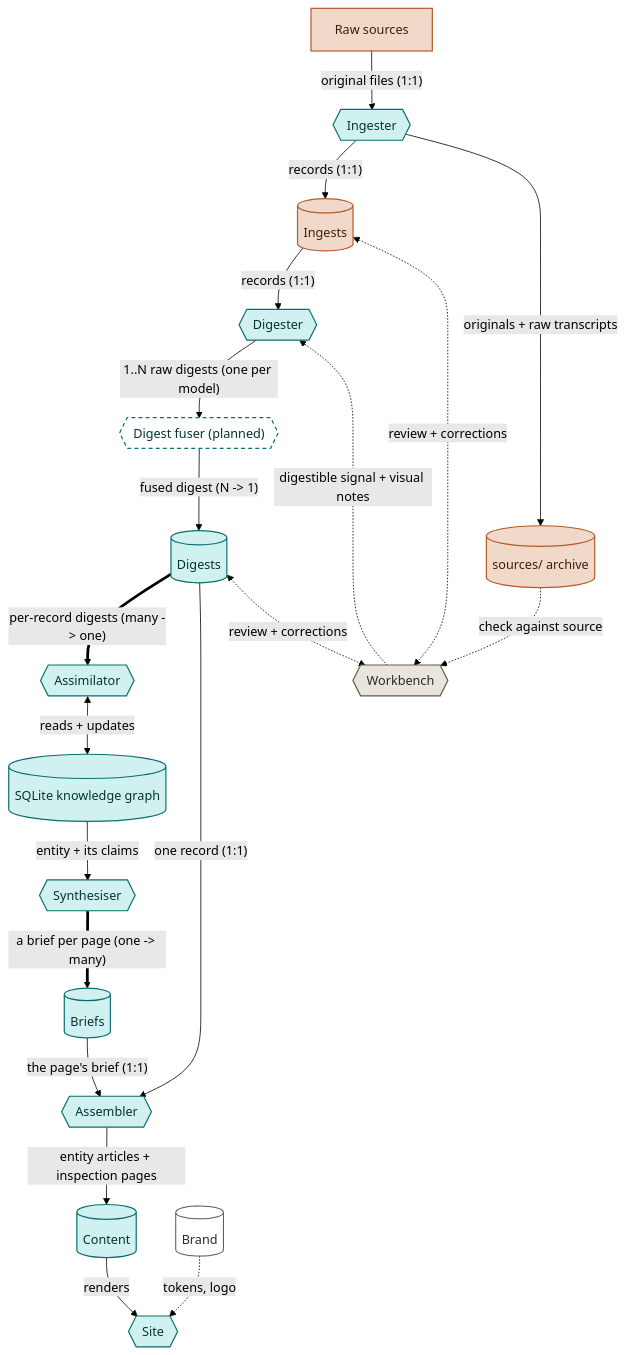
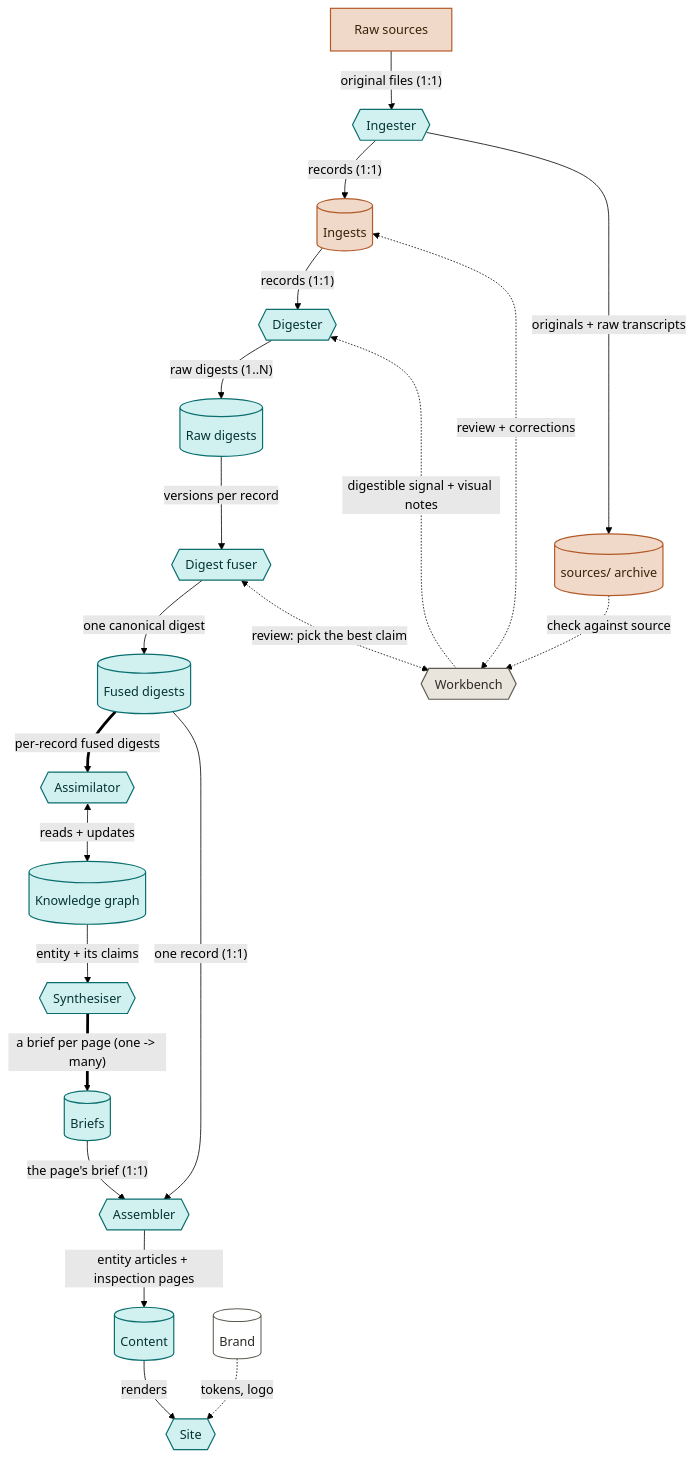
One commit to anomalica/anomalica changed the diagram in reference/pipeline.mmd. Above: the diagram before and after it, drawn with Mermaid (forest theme). The commit also changed 1 other file, not shown here.

Commit message:
docs: rework architecture diagram - digest fuser, raw and fused digests, knowledge-graph rename

```diff
--- a/reference/pipeline.mmd
+++ b/reference/pipeline.mmd
@@ -1,60 +1,62 @@
 flowchart TB
   classDef src fill:#F0D9C9,stroke:#B35A28,stroke-width:1.5px,color:#3a2208;
   classDef pub fill:#D1F1F1,stroke:#0B6E6E,stroke-width:1.5px,color:#053333;
   classDef rev fill:#E9E5DC,stroke:#5E5A50,stroke-width:1.5px,color:#2c2a24;
   classDef store fill:#ffffff,stroke:#5E5A50,stroke-width:1.3px,color:#2c2a24;
-  classDef planned fill:#ffffff,stroke:#0B6E6E,stroke-width:1.5px,stroke-dasharray:5 4,color:#053333;
 
   raw["Raw sources"]:::src
   ingester{{"Ingester"}}:::pub
   ingests[("Ingests")]:::src
   archive[("sources/ archive")]:::src
   workbench{{"Workbench"}}:::rev
   digester{{"Digester"}}:::pub
-  fuser{{"Digest fuser (planned)"}}:::planned
-  digests[("Digests")]:::pub
+  raw_digests[("Raw digests")]:::pub
+  fuser{{"Digest fuser"}}:::pub
+  fused_digests[("Fused digests")]:::pub
   assimilator{{"Assimilator"}}:::pub
-  kg[("SQLite knowledge graph")]:::pub
+  kg[("Knowledge graph")]:::pub
   synthesiser{{"Synthesiser"}}:::pub
   briefs[("Briefs")]:::pub
   assembler{{"Assembler"}}:::pub
   content[("Content")]:::pub
   site{{"Site"}}:::pub
   brand[("Brand")]:::store
 
   raw -->|"original files (1:1)"| ingester
   ingester -->|"records (1:1)"| ingests
   ingester -->|"originals + raw transcripts"| archive
   ingests -->|"records (1:1)"| digester
-  digester -->|"1..N raw digests (one per model)"| fuser
-  fuser -->|"fused digest (N -> 1)"| digests
-  digests ==>|"per-record digests (many -> one)"| assimilator
+  digester -->|"raw digests (1..N)"| raw_digests
+  raw_digests -->|"versions per record"| fuser
+  fuser -->|"one canonical digest"| fused_digests
+  fused_digests ==>|"per-record fused digests"| assimilator
   assimilator <-->|"reads + updates"| kg
   kg -->|"entity + its claims"| synthesiser
   synthesiser ==>|"a brief per page (one -> many)"| briefs
   briefs -->|"the page's brief (1:1)"| assembler
-  digests -->|"one record (1:1)"| assembler
+  fused_digests -->|"one record (1:1)"| assembler
   assembler -->|"entity articles + inspection pages"| content
   content -->|"renders"| site
   brand -.->|"tokens, logo"| site
   ingests <-.->|"review + corrections"| workbench
-  digests <-.->|"review + corrections"| workbench
+  fuser <-.->|"review: pick the best claim"| workbench
   archive -.->|"check against source"| workbench
   workbench -.->|"digestible signal + visual notes"| digester
 
   click raw nodeClick
   click ingester nodeClick
   click ingests nodeClick
   click archive nodeClick
   click workbench nodeClick
   click digester nodeClick
+  click raw_digests nodeClick
   click fuser nodeClick
-  click digests nodeClick
+  click fused_digests nodeClick
   click assimilator nodeClick
   click kg nodeClick
   click synthesiser nodeClick
   click briefs nodeClick
   click assembler nodeClick
   click content nodeClick
   click site nodeClick
   click brand nodeClick
```
